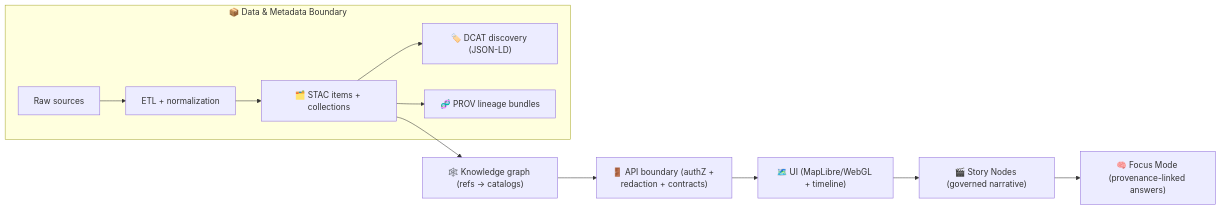
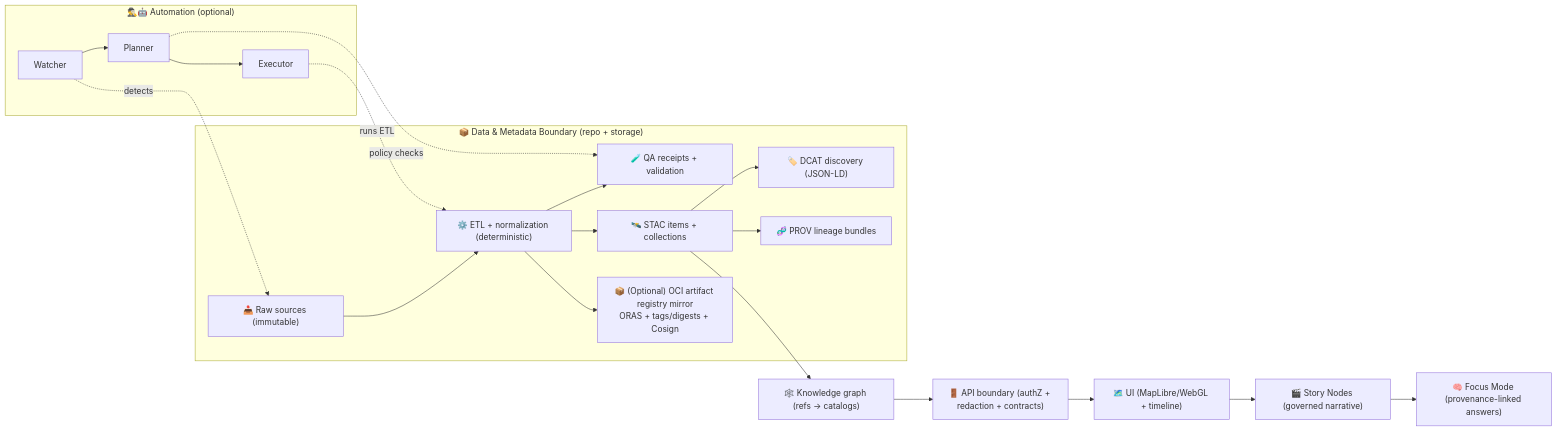
One commit to bartytime4life/Kansas-Frontier-Matrix changed the diagram in data/README.md. Above: the diagram before and after it, drawn with Mermaid. The commit also changed other lines of this file, not shown here.

````diff
--- a/data/README.md
+++ b/data/README.md
@@ -133,15 +161,25 @@
 ```mermaid
 flowchart LR
-  subgraph Data["📦 Data & Metadata Boundary"]
-    A["Raw sources"] --> B["ETL + normalization"]
-    B --> C["🗂️ STAC items + collections"]
+  subgraph Data["📦 Data & Metadata Boundary (repo + storage)"]
+    A["📥 Raw sources (immutable)"] --> B["⚙️ ETL + normalization (deterministic)"]
+    B --> W["🧪 QA receipts + validation"]
+    B --> C["🛰️ STAC items + collections"]
     C --> D["🏷️ DCAT discovery (JSON-LD)"]
     C --> E["🧬 PROV lineage bundles"]
+    B --> R["📦 (Optional) OCI artifact registry mirror\nORAS + tags/digests + Cosign"]
   end
+
+  subgraph Agents["🕵️‍♂️🤖 Automation (optional)"]
+    X["Watcher"] --> Y["Planner"] --> Z["Executor"]
+  end
+
+  X -. detects .-> A
+  Y -. policy checks .-> W
+  Z -. runs ETL .-> B
 
   C --> G["🕸️ Knowledge graph (refs → catalogs)"]
   G --> H["🚪 API boundary (authZ + redaction + contracts)"]
   H --> I["🗺️ UI (MapLibre/WebGL + timeline)"]
   I --> J["🎬 Story Nodes (governed narrative)"]
   J --> K["🧠 Focus Mode (provenance-linked answers)"]
 ```
````
